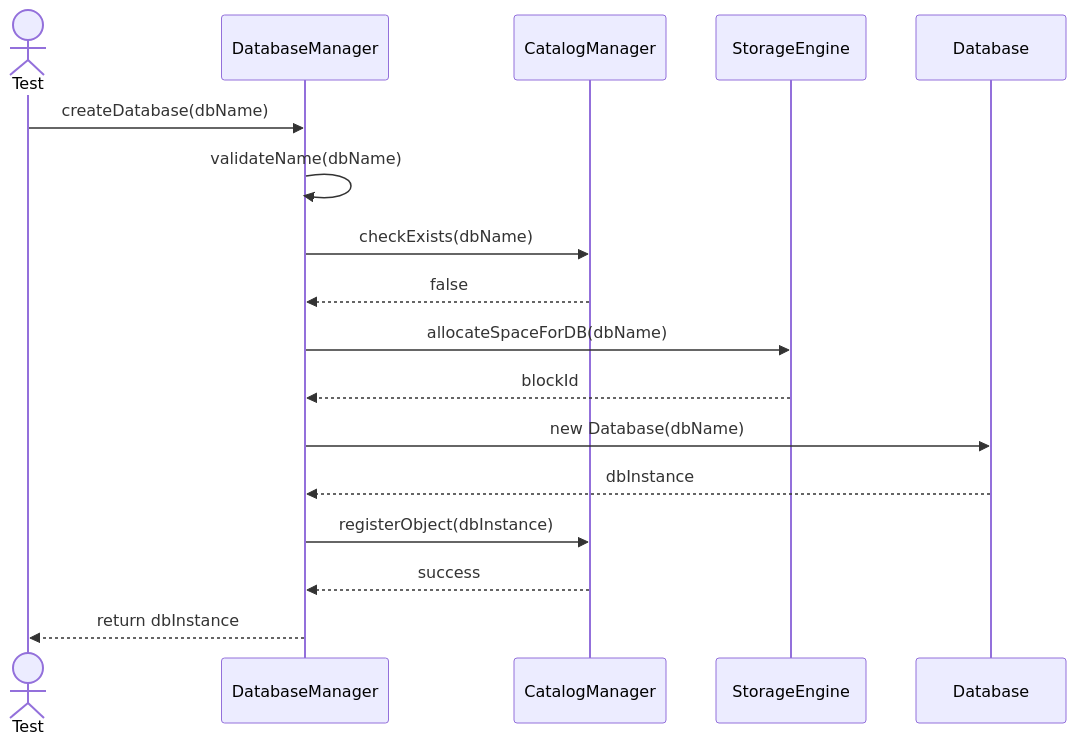
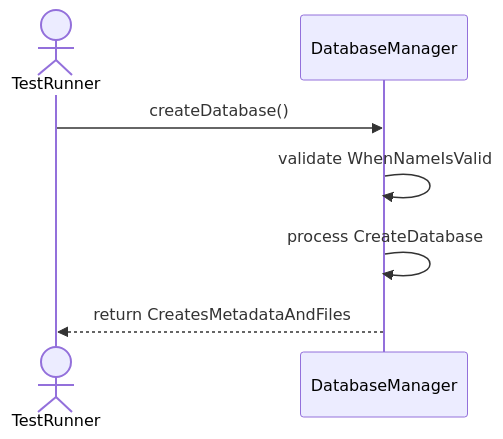
One commit to TamBui1706/DBMS changed the first of 12 diagrams in Sequences/Core/DatabaseManager.md. Above: the diagram before and after it, drawn with Mermaid. The commit also changed other lines of this file and 63 other files, not shown here.

Commit message:
Draw sequence diagram for unit tests

````diff
--- a/Sequences/Core/DatabaseManager.md
+++ b/Sequences/Core/DatabaseManager.md
@@ -14,20 +18,9 @@
 ```mermaid
 sequenceDiagram
-    actor Test
+    actor TestRunner
     participant DatabaseManager
-    participant CatalogManager
-    participant StorageEngine
-    participant Database
-
-    Test->>DatabaseManager: createDatabase(dbName)
-    DatabaseManager->>DatabaseManager: validateName(dbName)
-    DatabaseManager->>CatalogManager: checkExists(dbName)
-    CatalogManager-->>DatabaseManager: false
-    DatabaseManager->>StorageEngine: allocateSpaceForDB(dbName)
-    StorageEngine-->>DatabaseManager: blockId
-    DatabaseManager->>Database: new Database(dbName)
-    Database-->>DatabaseManager: dbInstance
-    DatabaseManager->>CatalogManager: registerObject(dbInstance)
-    CatalogManager-->>DatabaseManager: success
-    DatabaseManager-->>Test: return dbInstance
+    TestRunner->>DatabaseManager: createDatabase()
+    DatabaseManager->>DatabaseManager: validate WhenNameIsValid
+    DatabaseManager->>DatabaseManager: process CreateDatabase
+    DatabaseManager-->>TestRunner: return CreatesMetadataAndFiles
 ```
````
